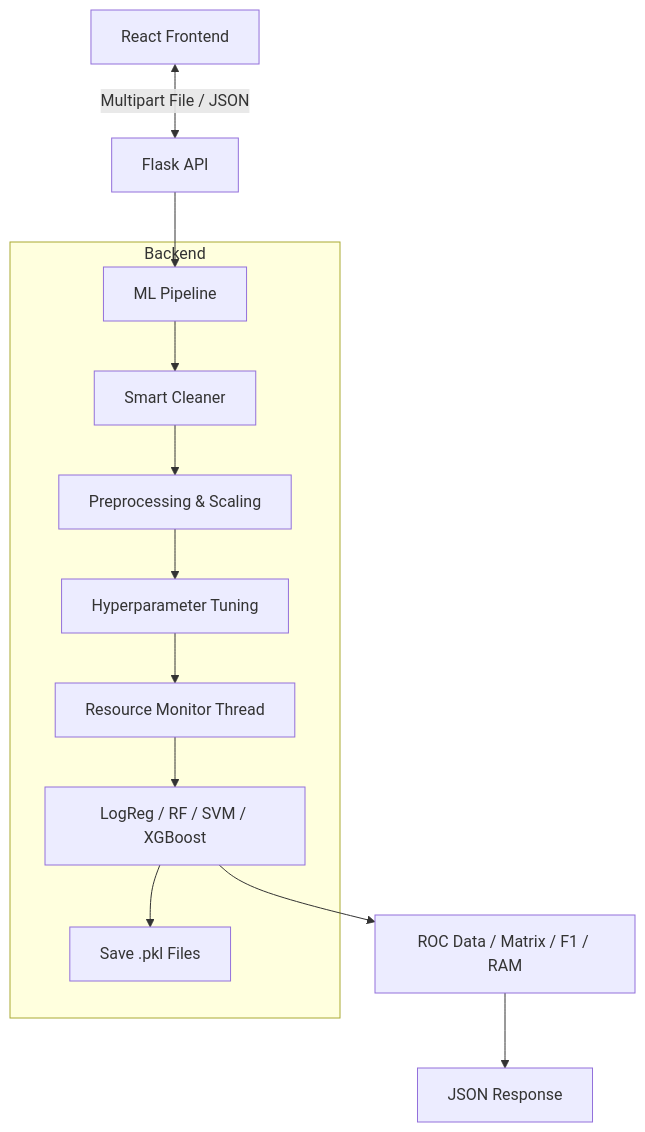
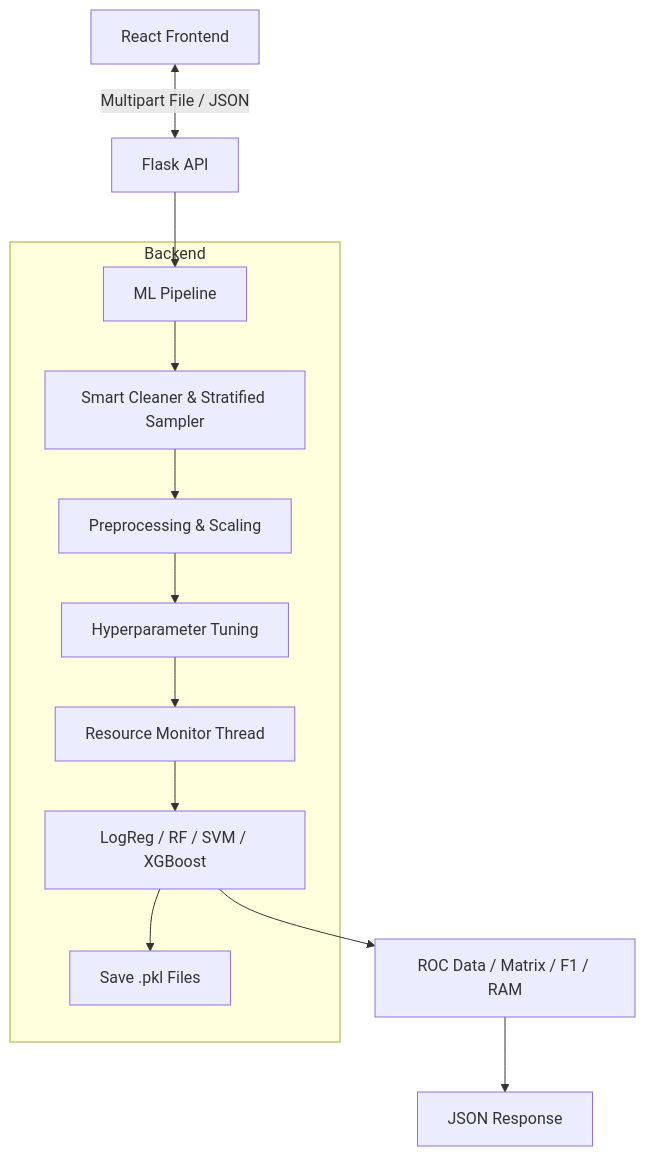
The diagram in README.md (bhagyeshrathi07/AutoML), drawn with Mermaid before and after one commit. The commit also changed other lines of this file, not shown here.

Commit message:
update README with recent architecture and feature changes

````diff
--- a/README.md
+++ b/README.md
@@ -28,17 +30,17 @@
 ```mermaid
 graph TD
     Client[React Frontend] <-->|Multipart File / JSON| API[Flask API]
     API --> Pipeline[ML Pipeline]
     
     subgraph Backend
-        Pipeline --> Cleaner[Smart Cleaner]
+        Pipeline --> Cleaner[Smart Cleaner & Stratified Sampler]
         Cleaner --> Pre[Preprocessing & Scaling]
         Pre --> Tuning[Hyperparameter Tuning]
         Tuning --> Monitor[Resource Monitor Thread]
         Monitor --> Models[LogReg / RF / SVM / XGBoost]
         Models --> Disk[Save .pkl Files]
     end
     
     Models --> Metrics[ROC Data / Matrix / F1 / RAM]
     Metrics --> Leaderboard[JSON Response]
 ```
````
